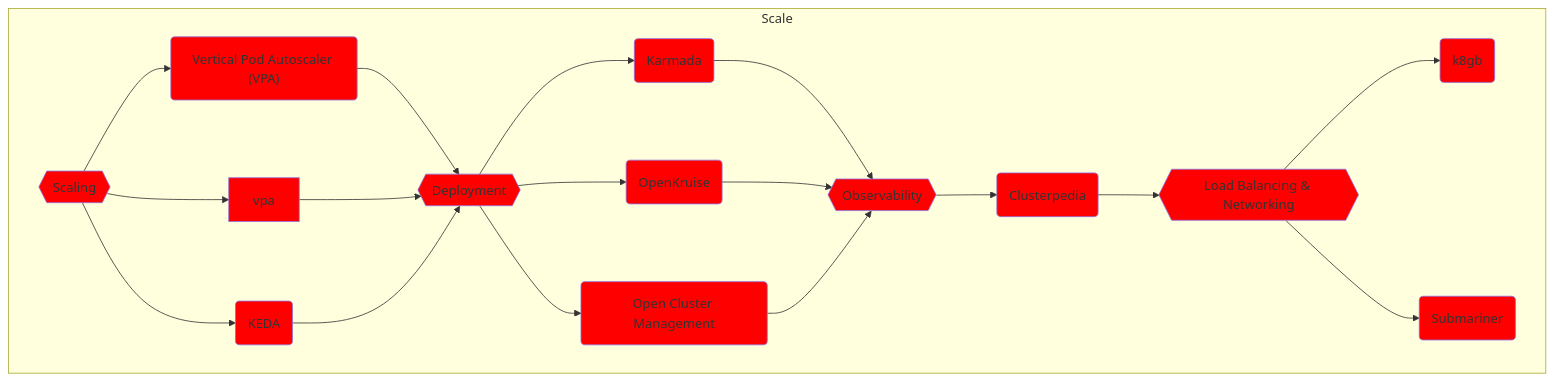
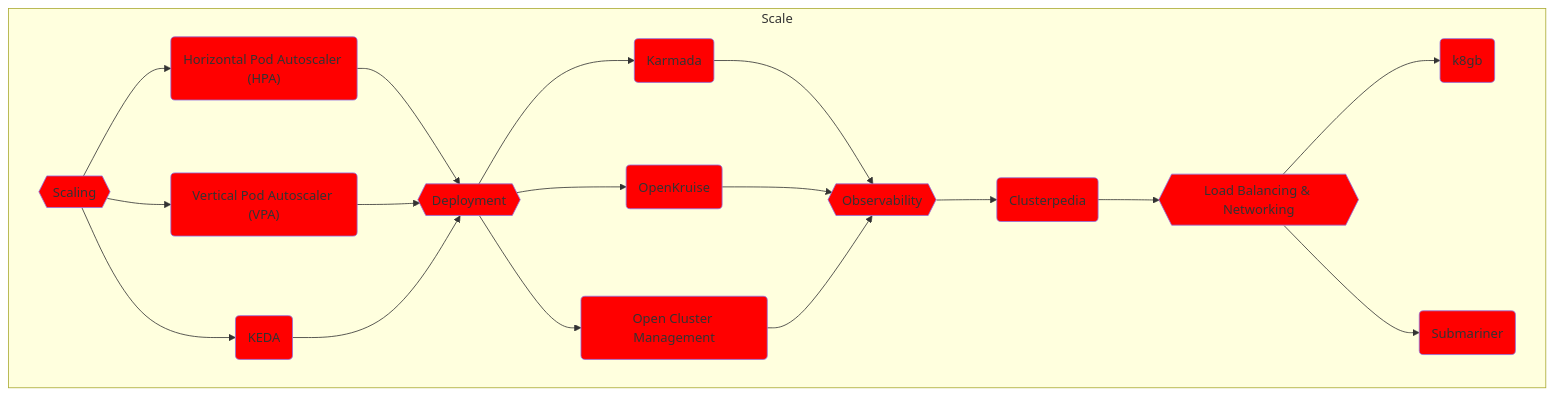
The sixth of 11 diagrams in solution.md (vfarcic/cncf-demo), drawn with Mermaid before and after one commit. The commit also changed other lines of this file and 1 other file, not shown here.

````diff
--- a/solution.md
+++ b/solution.md
@@ -674,53 +687,53 @@
 ```mermaid
 flowchart TD
 
     subgraph Scale
 
         %% -------------
         %% -- Scaling --
         %% -------------
         scaling{{Scaling}}
         style scaling fill:red
         hpa("Horizontal Pod Autoscaler (HPA)")
         style hpa fill:red
-        hpa("Vertical Pod Autoscaler (VPA)")
+        vpa("Vertical Pod Autoscaler (VPA)")
         style vpa fill:red
         keda(KEDA)
         style keda fill:red
         scaling --> hpa & vpa & keda --> deployment-mc
 
         %% ------------------------------
         %% -- Multi-Cluster Deployment --
         %% ------------------------------
         deployment-mc{{Deployment}}
         style deployment-mc fill:red
         deployment-mc-karmada(Karmada)
         style deployment-mc-karmada fill:red
         open-kruise(OpenKruise)
         style open-kruise fill:red
         ocm(Open Cluster Management)
         style ocm fill:red
         deployment-mc --> deployment-mc-karmada & open-kruise & ocm --> observability
 
         %% -------------------
         %% -- Observability --
         %% -------------------
         observability{{Observability}}
         style observability fill:red
         clusterpedia(Clusterpedia)
         style clusterpedia fill:red
         observability --> clusterpedia --> lb-mc
 
         %% ---------------------------------
         %% -- Load Balancing & Networking --
         %% ---------------------------------
         lb-mc{{Load Balancing & Networking}}
         style lb-mc fill:red
         lb-mc-k8gb(k8gb)
         style lb-mc-k8gb fill:red
         lb-mc-submariner(Submariner)
         style lb-mc-submariner fill:red
         lb-mc --> lb-mc-k8gb & lb-mc-submariner
 
     end
 ```
````
